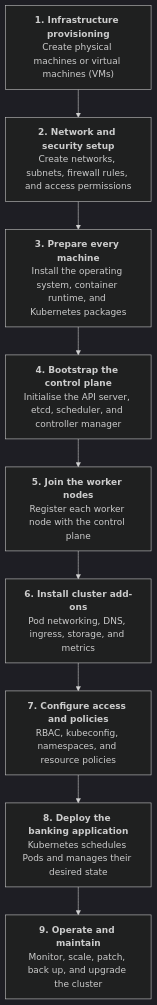
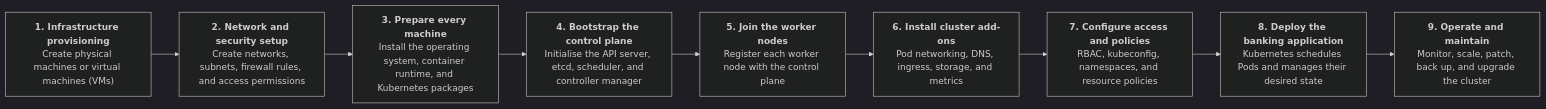
Before and after one commit to piyalidas10/Docker: the first of 2 diagrams in 35-Kubernetes_Limitations/README.md, drawn with Mermaid (dark theme).

Commit message:
Add flowchart for Kubernetes deployment process
Updated the README to include a flowchart for Kubernetes deployment steps.

````diff
--- a/35-Kubernetes_Limitations/README.md
+++ b/35-Kubernetes_Limitations/README.md
@@ -11,13 +11,13 @@
 ```mermaid
-flowchart TD
+flowchart LR
     A["<b>1. Infrastructure provisioning</b><br/>Create physical machines or virtual machines (VMs)"]
     B["<b>2. Network and security setup</b><br/>Create networks, subnets, firewall rules, and access permissions"]
     C["<b>3. Prepare every machine</b><br/>Install the operating system, container runtime, and Kubernetes packages"]
     D["<b>4. Bootstrap the control plane</b><br/>Initialise the API server, etcd, scheduler, and controller manager"]
     E["<b>5. Join the worker nodes</b><br/>Register each worker node with the control plane"]
     F["<b>6. Install cluster add-ons</b><br/>Pod networking, DNS, ingress, storage, and metrics"]
     G["<b>7. Configure access and policies</b><br/>RBAC, kubeconfig, namespaces, and resource policies"]
     H["<b>8. Deploy the banking application</b><br/>Kubernetes schedules Pods and manages their desired state"]
     I["<b>9. Operate and maintain</b><br/>Monitor, scale, patch, back up, and upgrade the cluster"]
     A --> B --> C --> D --> E --> F --> G --> H --> I
 ```
````
